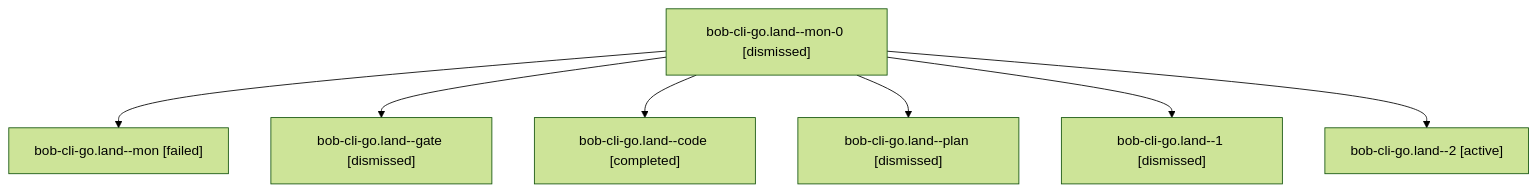
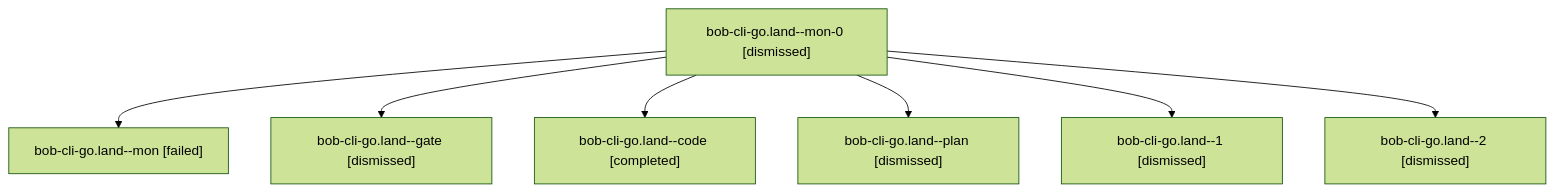
One commit to bobs-org/bob-cli--agents changed the diagram in sessions/bbugyi200.apollo.bob-cli-go.land.md. Above: the diagram before and after it, drawn with Mermaid (forest theme). The commit also changed other lines of this file and 222 other files, not shown here.

````diff
--- a/sessions/bbugyi200.apollo.bob-cli-go.land.md
+++ b/sessions/bbugyi200.apollo.bob-cli-go.land.md
@@ -9,16 +9,16 @@
 ```mermaid
 flowchart TD
   n0["bob-cli-go.land--mon-0 [dismissed]"]
   n1["bob-cli-go.land--mon [failed]"]
   n0 --> n1
   n2["bob-cli-go.land--gate [dismissed]"]
   n0 --> n2
   n3["bob-cli-go.land--code [completed]"]
   n0 --> n3
   n4["bob-cli-go.land--plan [dismissed]"]
   n0 --> n4
   n5["bob-cli-go.land--1 [dismissed]"]
   n0 --> n5
-  n6["bob-cli-go.land--2 [active]"]
+  n6["bob-cli-go.land--2 [dismissed]"]
   n0 --> n6
 ```
````
